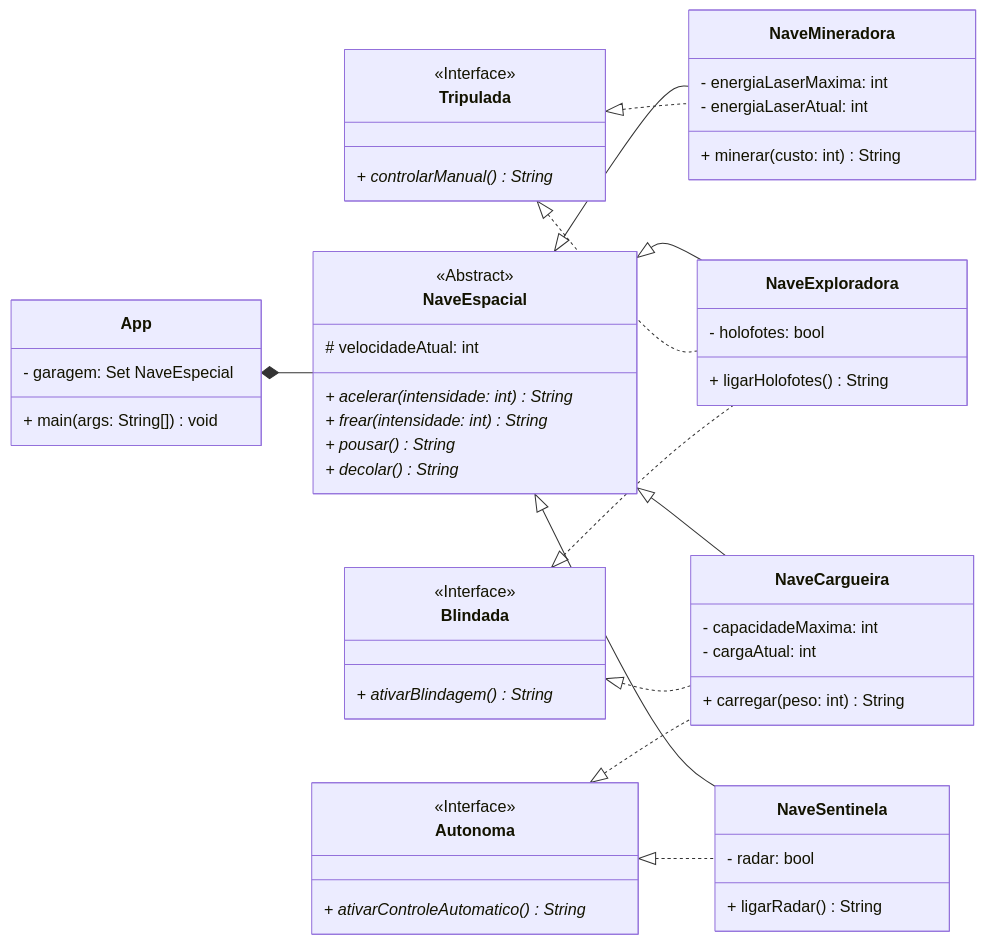
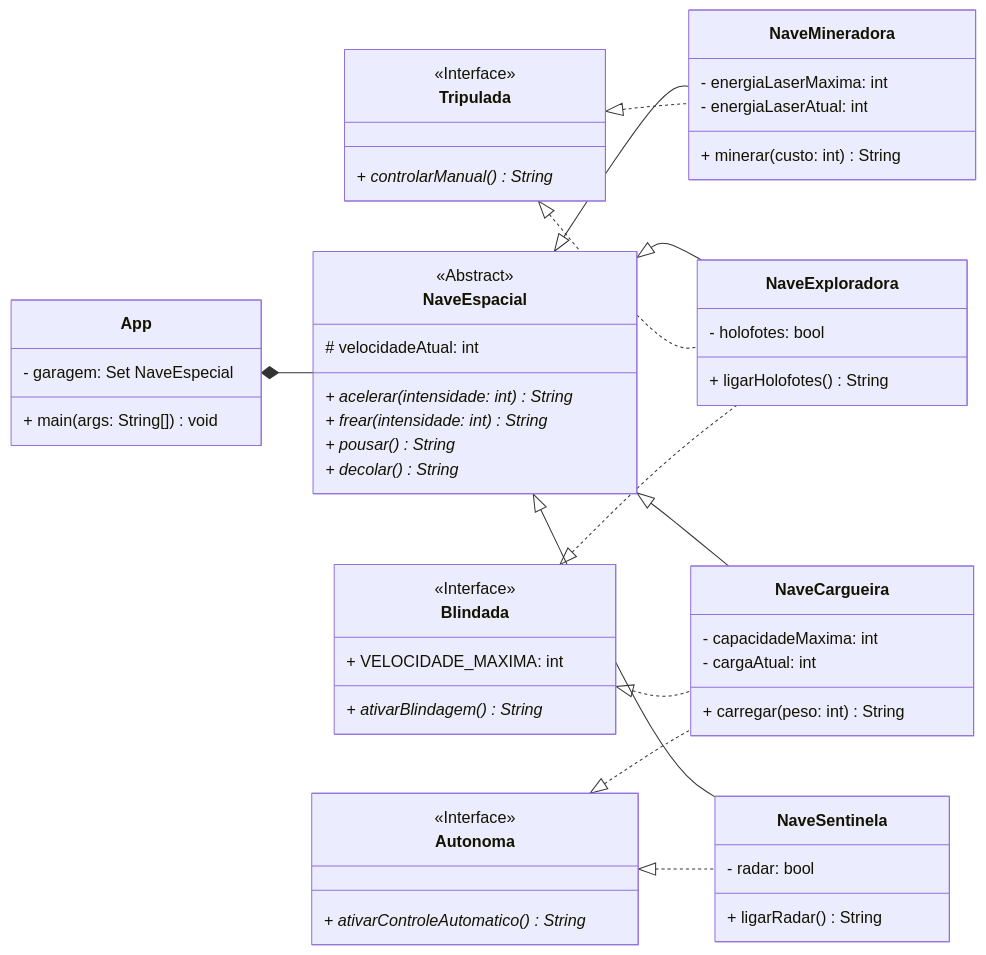
The diagram in readme.md (sergio-prolo-class/lista-4-willian), drawn with Mermaid before and after one commit. The commit also changed 2 other files, not shown here.

Commit message:
Edita o arquivo readme.md

````diff
--- a/readme.md
+++ b/readme.md
@@ -5,78 +5,85 @@
 ```mermaid
 
 classDiagram
     
     direction LR
     
     class App {
         - garagem: Set NaveEspecial
         + main(args: String[]) void
     }
     
     class NaveEspacial {
             <<Abstract>>
         # velocidadeAtual: int
         
         + acelerar(intensidade: int) String *
         + frear(intensidade: int) String *
         + pousar() String *
         + decolar() String *
     }
     
     class NaveMineradora {
         - energiaLaserMaxima: int
         - energiaLaserAtual: int
         
         + minerar(custo: int) String
     }
     
     class NaveExploradora {
         - holofotes: bool
         + ligarHolofotes() String
     }
     
     class NaveCargueira {
         - capacidadeMaxima: int
         - cargaAtual: int
         + carregar(peso: int) String
     }
     
     class NaveSentinela {
         - radar: bool
         + ligarRadar() String
     }
     
     class Tripulada {
         <<Interface>>
         + controlarManual() String *
     }
     
     class Blindada {
         <<Interface>>
+        
+        + VELOCIDADE_MAXIMA: int
+        
         + ativarBlindagem() String *
     }
     
     class Autonoma {
         <<Interface>>
         + ativarControleAutomatico() String *
     }
+    
+    
+    
+    
     
     App *-- NaveEspacial
     
     NaveEspacial <|-- NaveMineradora 
     NaveEspacial <|-- NaveExploradora
     NaveEspacial <|-- NaveCargueira
     NaveEspacial <|-- NaveSentinela
 
     Tripulada <|.. NaveMineradora
     Tripulada <|.. NaveExploradora
     Blindada <|.. NaveExploradora
     Blindada <|.. NaveCargueira
     Autonoma <|.. NaveCargueira
     Autonoma <|.. NaveSentinela
         
     
 
 
 
 ```
````
